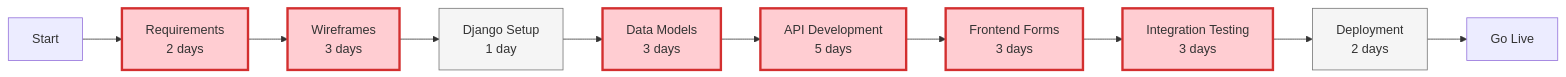
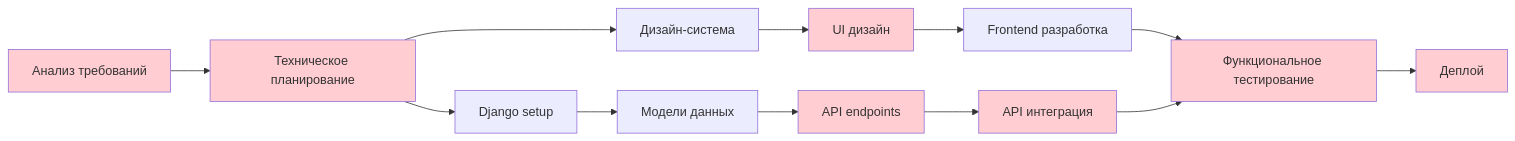
The second of 2 diagrams in docs/development-workflow.md (zaebee/medicine), drawn with Mermaid before and after one commit. The commit also changed other lines of this file and 18 other files, not shown here.

````diff
--- a/docs/development-workflow.md
+++ b/docs/development-workflow.md
@@ -174,19 +107,24 @@
 ```mermaid
 graph LR
-    %% Critical path highlighting
-    classDef critical fill:#ffcdd2,stroke:#d32f2f,stroke-width:3px
-    classDef normal fill:#f5f5f5,stroke:#757575,stroke-width:1px
+    A[Анализ требований] --> B[Техническое планирование]
+    B --> C[Дизайн-система]
+    C --> D[UI дизайн]
+    D --> E[Frontend разработка]
 
-    A[Start] --> B[Requirements<br/>2 days]
-    B --> C[Wireframes<br/>3 days]
-    C --> D[Django Setup<br/>1 day]
-    D --> E[Data Models<br/>3 days]
-    E --> F[API Development<br/>5 days]
-    F --> G[Frontend Forms<br/>3 days]
-    G --> H[Integration Testing<br/>3 days]
-    H --> I[Deployment<br/>2 days]
-    I --> J[Go Live]
+    B --> F[Django setup]
+    F --> G[Модели данных]
+    G --> H[API endpoints]
+    H --> I[API интеграция]
 
-    class B,C,E,F,G,H critical
-    class D,I normal
+    E --> J[Функциональное тестирование]
+    I --> J
+    J --> K[Деплой]
+
+    style A fill:#ffcdd2
+    style B fill:#ffcdd2
+    style D fill:#ffcdd2
+    style H fill:#ffcdd2
+    style I fill:#ffcdd2
+    style J fill:#ffcdd2
+    style K fill:#ffcdd2
 ```
````
